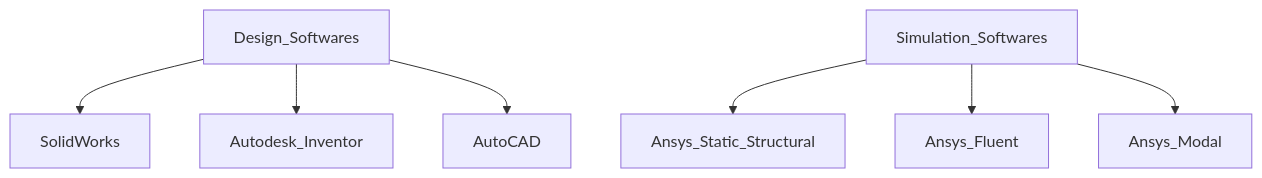
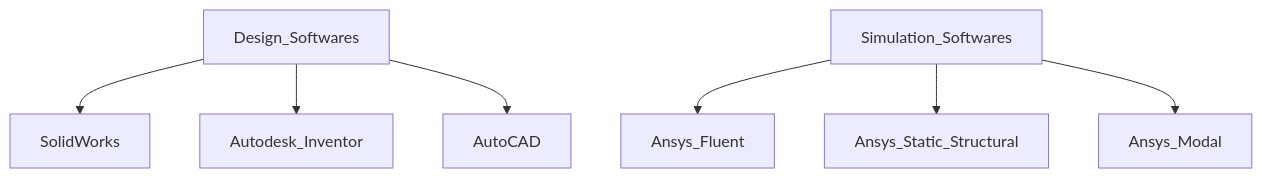
One commit to saxenaharsh24/Hello-World changed the first of 2 diagrams in README.md. Above: the diagram before and after it, drawn with Mermaid.

````diff
--- a/README.md
+++ b/README.md
@@ -16,9 +16,9 @@
 ```mermaid
 graph TD;
   Design_Softwares-->SolidWorks;
   Design_Softwares-->Autodesk_Inventor;
-  Design_Softwares-->AutoCAD;
+  Design_Softwares-->AutoCAD;  
+  Simulation_Softwares-->Ansys_Fluent;
   Simulation_Softwares-->Ansys_Static_Structural;
-  Simulation_Softwares-->Ansys_Fluent;
   Simulation_Softwares-->Ansys_Modal;
 ```
````
